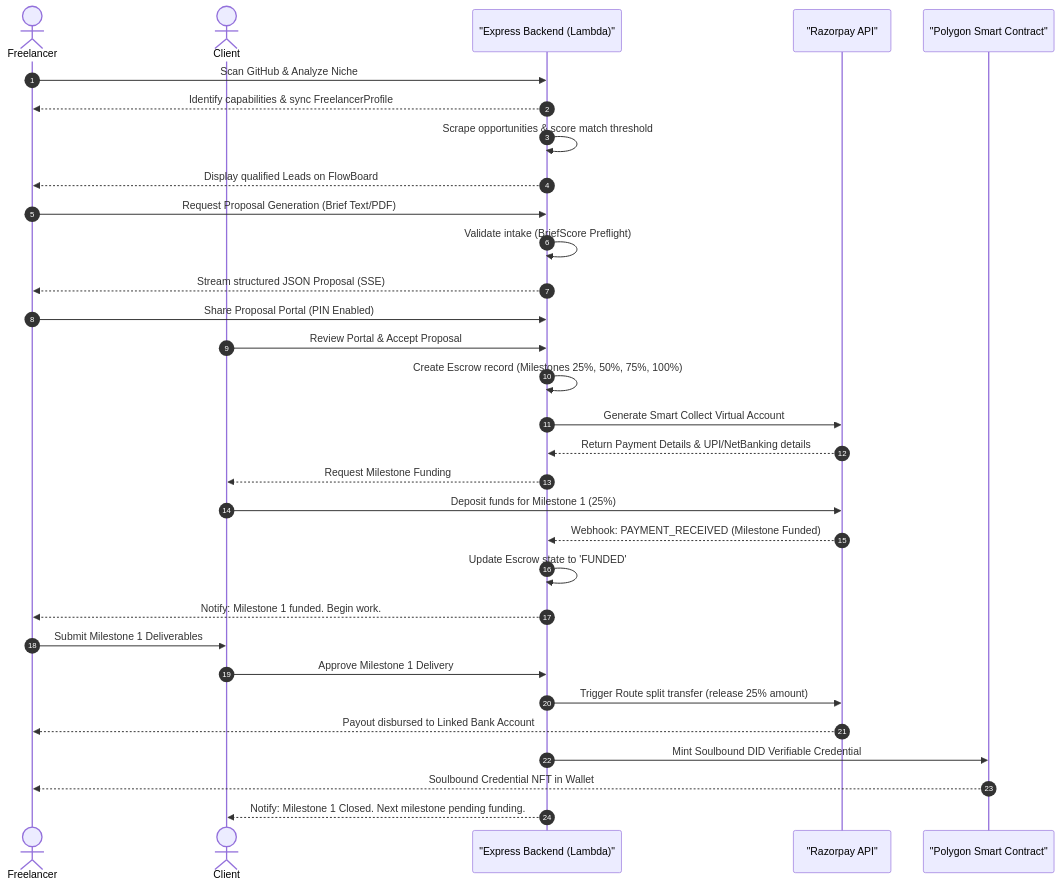
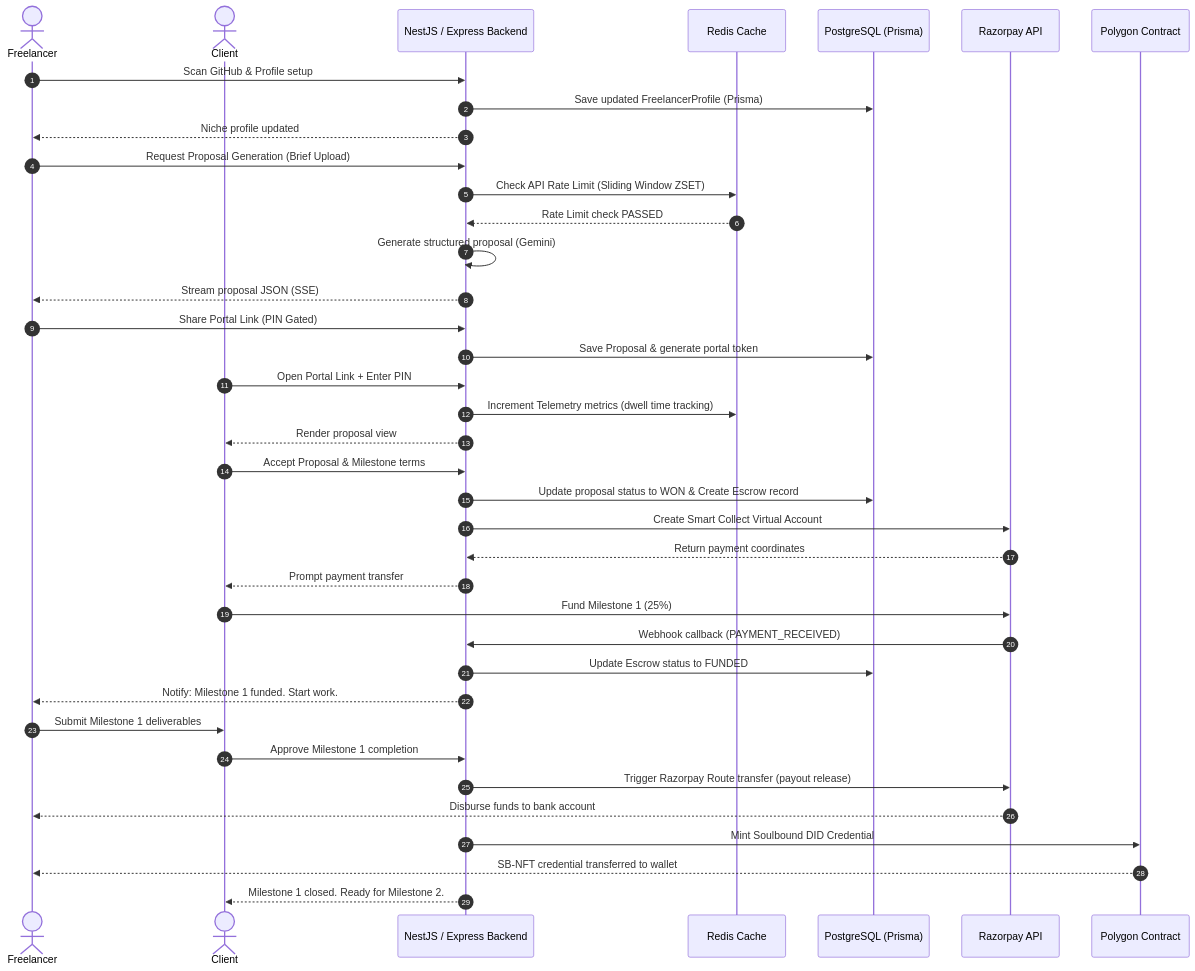
One commit to FixFlow-AI/FixFlow-AI-web changed the second of 2 diagrams in docs/system_design.md. Above: the diagram before and after it, drawn with Mermaid. The commit also changed other lines of this file and 2 other files, not shown here.

Commit message:
docs: add system design, security architecture, and database design documentation

````diff
--- a/docs/system_design.md
+++ b/docs/system_design.md
@@ -224,41 +70,52 @@
 ```mermaid
 sequenceDiagram
     autonumber
     actor Freelancer
     actor Client
-    participant Backend as "Express Backend (Lambda)"
-    participant Razorpay as "Razorpay API"
-    participant Polygon as "Polygon Smart Contract"
+    participant API as NestJS / Express Backend
+    participant Redis as Redis Cache
+    participant DB as PostgreSQL (Prisma)
+    participant RP as Razorpay API
+    participant Poly as Polygon Contract
 
-    %% Discovery and Onboarding
-    Freelancer->>Backend: Scan GitHub & Analyze Niche
-    Backend-->>Freelancer: Identify capabilities & sync FreelancerProfile
+    %% Step 1: Onboarding
+    Freelancer->>API: Scan GitHub & Profile setup
+    API->>DB: Save updated FreelancerProfile (Prisma)
+    API-->>Freelancer: Niche profile updated
 
-    %% Lead and Proposal
-    Backend->>Backend: Scrape opportunities & score match threshold
-    Backend-->>Freelancer: Display qualified Leads on FlowBoard
-    Freelancer->>Backend: Request Proposal Generation (Brief Text/PDF)
-    Backend->>Backend: Validate intake (BriefScore Preflight)
-    Backend-->>Freelancer: Stream structured JSON Proposal (SSE)
-    Freelancer->>Backend: Share Proposal Portal (PIN Enabled)
+    %% Step 2: Auth and Rate checks
+    Freelancer->>API: Request Proposal Generation (Brief Upload)
+    API->>Redis: Check API Rate Limit (Sliding Window ZSET)
+    Redis-->>API: Rate Limit check PASSED
+    API->>API: Generate structured proposal (Gemini)
+    API-->>Freelancer: Stream proposal JSON (SSE)
 
-    %% Escrow and Milestones
-    Client->>Backend: Review Portal & Accept Proposal
-    Backend->>Backend: Create Escrow record (Milestones 25%, 50%, 75%, 100%)
-    Backend->>Razorpay: Generate Smart Collect Virtual Account
-    Razorpay-->>Backend: Return Payment Details & UPI/NetBanking details
-    Backend-->>Client: Request Milestone Funding
-    Client->>Razorpay: Deposit funds for Milestone 1 (25%)
-    Razorpay-->>Backend: Webhook: PAYMENT_RECEIVED (Milestone Funded)
-    Backend->>Backend: Update Escrow state to 'FUNDED'
-    Backend-->>Freelancer: Notify: Milestone 1 funded. Begin work.
+    %% Step 3: Portal Sharing
+    Freelancer->>API: Share Portal Link (PIN Gated)
+    API->>DB: Save Proposal & generate portal token
+    Client->>API: Open Portal Link + Enter PIN
+    API->>Redis: Increment Telemetry metrics (dwell time tracking)
+    API-->>Client: Render proposal view
 
-    %% Delivery & Payout
-    Freelancer->>Client: Submit Milestone 1 Deliverables
-    Client->>Backend: Approve Milestone 1 Delivery
-    Backend->>Razorpay: Trigger Route split transfer (release 25% amount)
-    Razorpay-->>Freelancer: Payout disbursed to Linked Bank Account
-    Backend->>Polygon: Mint Soulbound DID Verifiable Credential
-    Polygon-->>Freelancer: Soulbound Credential NFT in Wallet
-    Backend-->>Client: Notify: Milestone 1 Closed. Next milestone pending funding.
+    %% Step 4: Escrow Deal
+    Client->>API: Accept Proposal & Milestone terms
+    API->>DB: Update proposal status to WON & Create Escrow record
+    API->>RP: Create Smart Collect Virtual Account
+    RP-->>API: Return payment coordinates
+    API-->>Client: Prompt payment transfer
+
+    %% Step 5: Payment Lock
+    Client->>RP: Fund Milestone 1 (25%)
+    RP->>API: Webhook callback (PAYMENT_RECEIVED)
+    API->>DB: Update Escrow status to FUNDED
+    API-->>Freelancer: Notify: Milestone 1 funded. Start work.
+
+    %% Step 6: Payout and DID Minting
+    Freelancer->>Client: Submit Milestone 1 deliverables
+    Client->>API: Approve Milestone 1 completion
+    API->>RP: Trigger Razorpay Route transfer (payout release)
+    RP-->>Freelancer: Disburse funds to bank account
+    API->>Poly: Mint Soulbound DID Credential
+    Poly-->>Freelancer: SB-NFT credential transferred to wallet
+    API-->>Client: Milestone 1 closed. Ready for Milestone 2.
 ```
````
